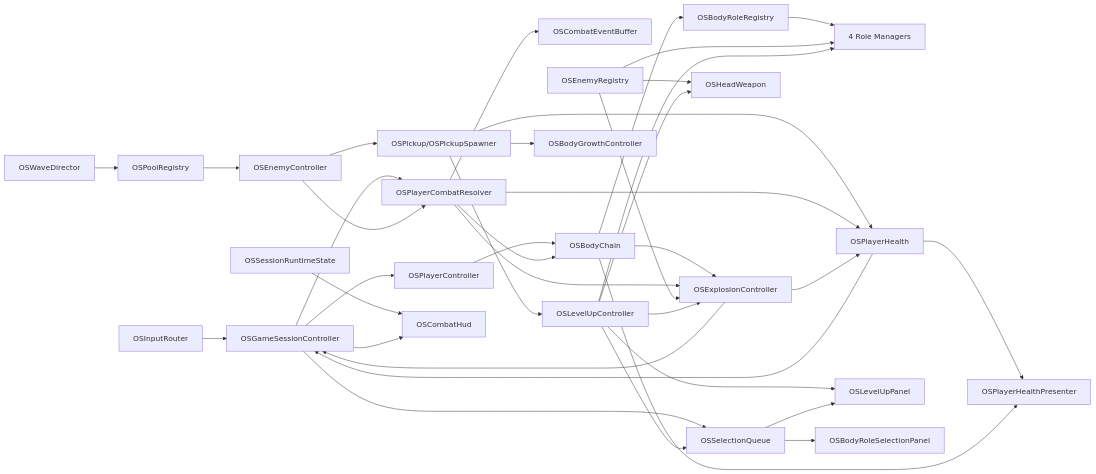
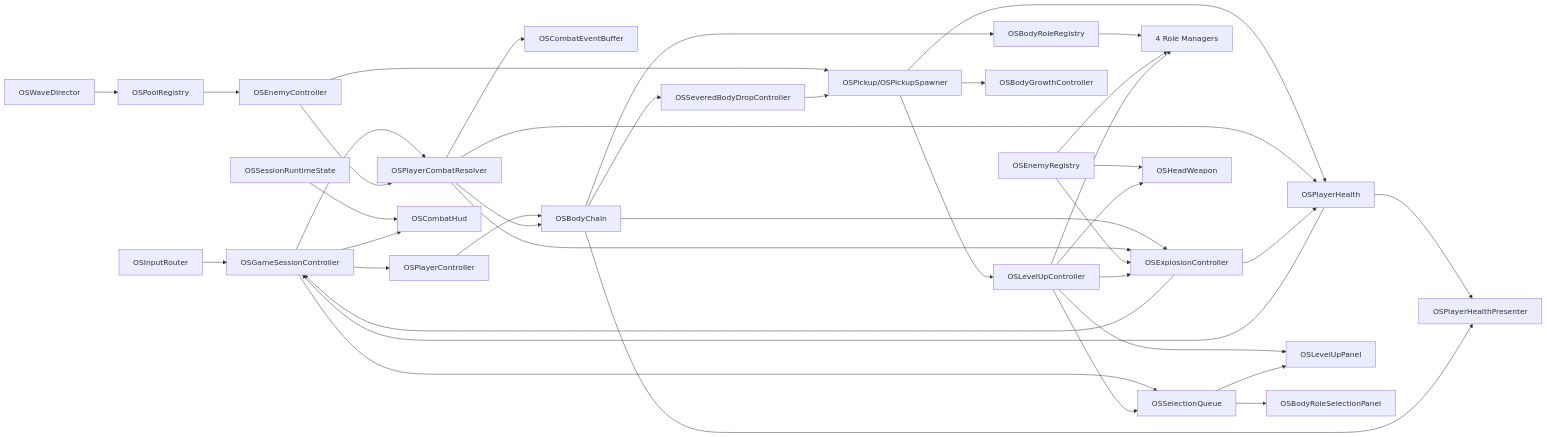
Before and after one commit to WackyGameStudio/Ouroboros: the diagram in docs/OUROBOROS_SWARM_Unity_설계서.md, drawn with Mermaid. The commit also changed other lines of this file and 17 other files, not shown here.

````diff
--- a/docs/OUROBOROS_SWARM_Unity_설계서.md
+++ b/docs/OUROBOROS_SWARM_Unity_설계서.md
@@ -1043,39 +1047,41 @@
 ```mermaid
 flowchart LR
     Input[OSInputRouter] --> Session[OSGameSessionController]
     Session --> Player[OSPlayerController]
     Session --> Resolver[OSPlayerCombatResolver]
     Resolver --> Buffer[OSCombatEventBuffer]
     Session --> Queue[OSSelectionQueue]
     Player --> Chain[OSBodyChain]
     Chain --> RoleRegistry[OSBodyRoleRegistry]
     RoleRegistry --> Roles[4 Role Managers]
     Chain --> Explosion[OSExplosionController]
     Resolver --> Explosion
     Registry[OSEnemyRegistry] --> Head[OSHeadWeapon]
     Registry --> Roles
     Registry --> Explosion
     Wave[OSWaveDirector] --> Pool[OSPoolRegistry]
     Pool --> Enemy[OSEnemyController]
     Enemy --> Resolver
     Enemy --> Pickup[OSPickup/OSPickupSpawner]
+    Chain --> Severed[OSSeveredBodyDropController]
+    Severed --> Pickup
     Pickup --> Growth[OSBodyGrowthController]
     Pickup --> Level[OSLevelUpController]
     Pickup --> Health
     Level --> Queue
     Level --> Head
     Level --> Roles
     Level --> Explosion
     Level --> LevelUI
     Resolver --> Health[OSPlayerHealth]
     Resolver --> Chain
     Explosion --> Health
     Explosion --> Session
     Health --> Session
     Runtime[OSSessionRuntimeState] --> HUD[OSCombatHud]
     Health --> HealthHUD[OSPlayerHealthPresenter]
     Chain --> HealthHUD
     Session --> HUD
     Queue --> BodyUI[OSBodyRoleSelectionPanel]
     Queue --> LevelUI[OSLevelUpPanel]
 ```
````
